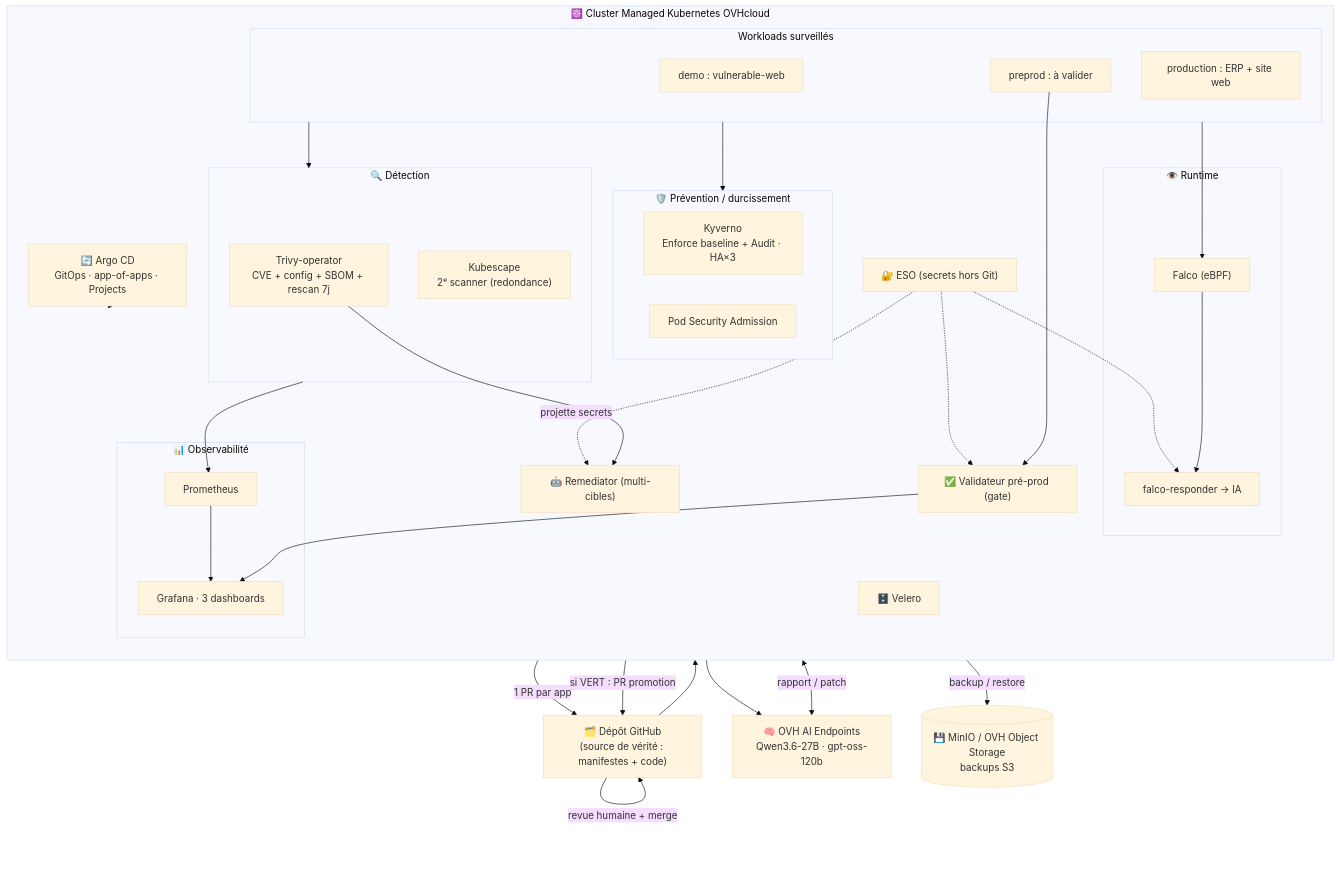
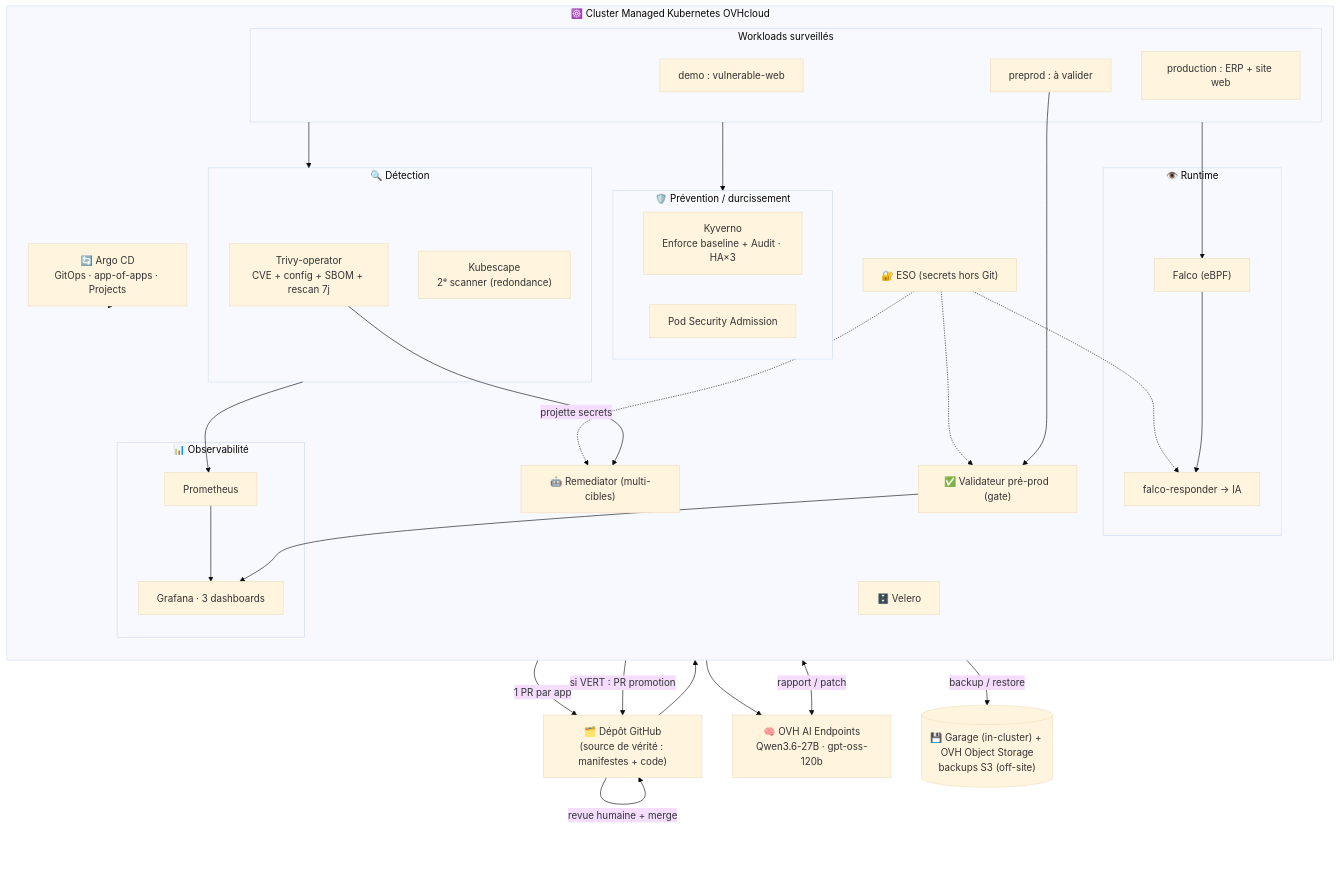
One commit to Hychion/Hackaton_-Equipe_13 changed the diagram in README.md. Above: the diagram before and after it, drawn with Mermaid (base theme). The commit also changed other lines of this file, not shown here.

Commit message:
docs: README backup = Garage (AGPL, in-cluster) + OVH Object Storage off-site

````diff
--- a/README.md
+++ b/README.md
@@ -14,51 +14,51 @@
 ```mermaid
 flowchart TB
     git["🗂️ Dépôt GitHub<br/>(source de vérité : manifestes + code)"]
     ai["🧠 OVH AI Endpoints<br/>Qwen3.6-27B · gpt-oss-120b"]
-    s3[("💾 MinIO / OVH Object Storage<br/>backups S3")]
+    s3[("💾 Garage (in-cluster) + OVH Object Storage<br/>backups S3 (off-site)")]
 
     subgraph cluster["☸️ Cluster Managed Kubernetes OVHcloud"]
         direction TB
         subgraph wl["Workloads surveillés"]
             demo["demo : vulnerable-web"]
             prod["production : ERP + site web"]
             pp["preprod : à valider"]
         end
         subgraph det["🔍 Détection"]
             trivy["Trivy-operator<br/>CVE + config + SBOM + rescan 7j"]
             ks["Kubescape<br/>2ᵉ scanner (redondance)"]
         end
         subgraph prev["🛡️ Prévention / durcissement"]
             kyv["Kyverno<br/>Enforce baseline + Audit · HA×3"]
             psa["Pod Security Admission"]
         end
         subgraph rt["👁️ Runtime"]
             falco["Falco (eBPF)"]
             fresp["falco-responder → IA"]
         end
         subgraph ob["📊 Observabilité"]
             prom["Prometheus"]
             graf["Grafana · 3 dashboards"]
         end
         argo["🔄 Argo CD<br/>GitOps · app-of-apps · Projects"]
         remed["🤖 Remediator (multi-cibles)"]
         valid["✅ Validateur pré-prod (gate)"]
         eso["🔐 ESO (secrets hors Git)"]
         velero["🗄️ Velero"]
     end
 
     wl --> det & prev & falco
     trivy --> remed
     falco --> fresp --> ai
     remed <-->|rapport / patch| ai
     remed -->|1 PR par app| git
     git -->|revue humaine + merge| git
     git --> argo --> cluster
     pp --> valid --> graf
     valid -->|si VERT : PR promotion| git
     det --> prom --> graf
     velero -->|backup / restore| s3
     eso -.->|projette secrets| remed
     eso -.-> fresp
     eso -.-> valid
 ```
````
